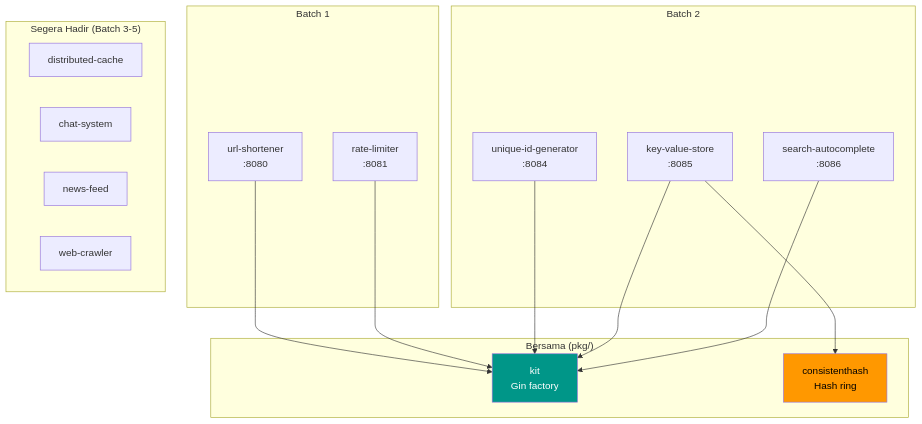
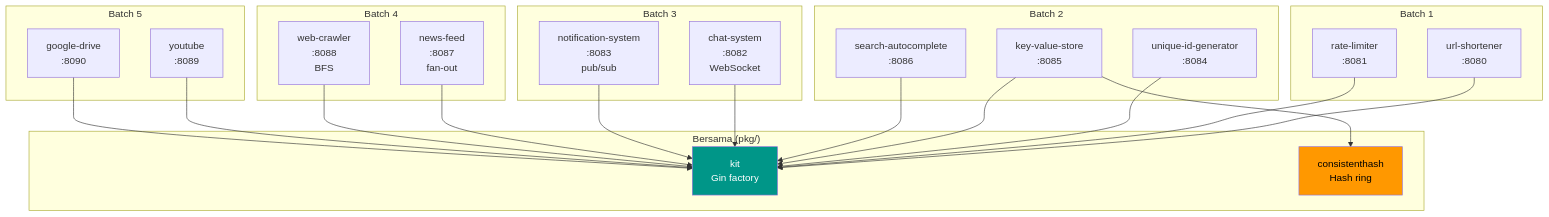
Before and after one commit to faisalaffan/faisalaffan-design-system: the diagram in README.id.md, drawn with Mermaid. The commit also changed other lines of this file and 1 other file, not shown here.

Commit message:
docs: add all 12 services, 100 tests, and final architecture to README

````diff
--- a/README.id.md
+++ b/README.id.md
@@ -23,35 +25,49 @@
 ```mermaid
 flowchart TB
     subgraph "Batch 1"
         US["url-shortener<br/>:8080"]
         RL["rate-limiter<br/>:8081"]
     end
 
     subgraph "Batch 2"
         ID["unique-id-generator<br/>:8084"]
         KV["key-value-store<br/>:8085"]
         AC["search-autocomplete<br/>:8086"]
     end
 
+    subgraph "Batch 3"
+        CS["chat-system<br/>:8082<br/>WebSocket"]
+        NS["notification-system<br/>:8083<br/>pub/sub"]
+    end
+
+    subgraph "Batch 4"
+        NF["news-feed<br/>:8087<br/>fan-out"]
+        WC["web-crawler<br/>:8088<br/>BFS"]
+    end
+
+    subgraph "Batch 5"
+        YT["youtube<br/>:8089"]
+        GD["google-drive<br/>:8090"]
+    end
+
     subgraph "Bersama (pkg/)"
         KIT["kit<br/>Gin factory"]
         CH["consistenthash<br/>Hash ring"]
     end
 
     US --> KIT
     RL --> KIT
     ID --> KIT
     KV --> KIT
     KV --> CH
     AC --> KIT
-
-    subgraph "Segera Hadir (Batch 3-5)"
-        DC["distributed-cache"]
-        CS["chat-system"]
-        NF["news-feed"]
-        WC["web-crawler"]
-    end
+    CS --> KIT
+    NS --> KIT
+    NF --> KIT
+    WC --> KIT
+    YT --> KIT
+    GD --> KIT
 
     style KIT fill:#009688,color:#fff
     style CH fill:#ff9800,color:#000
 ```
````
